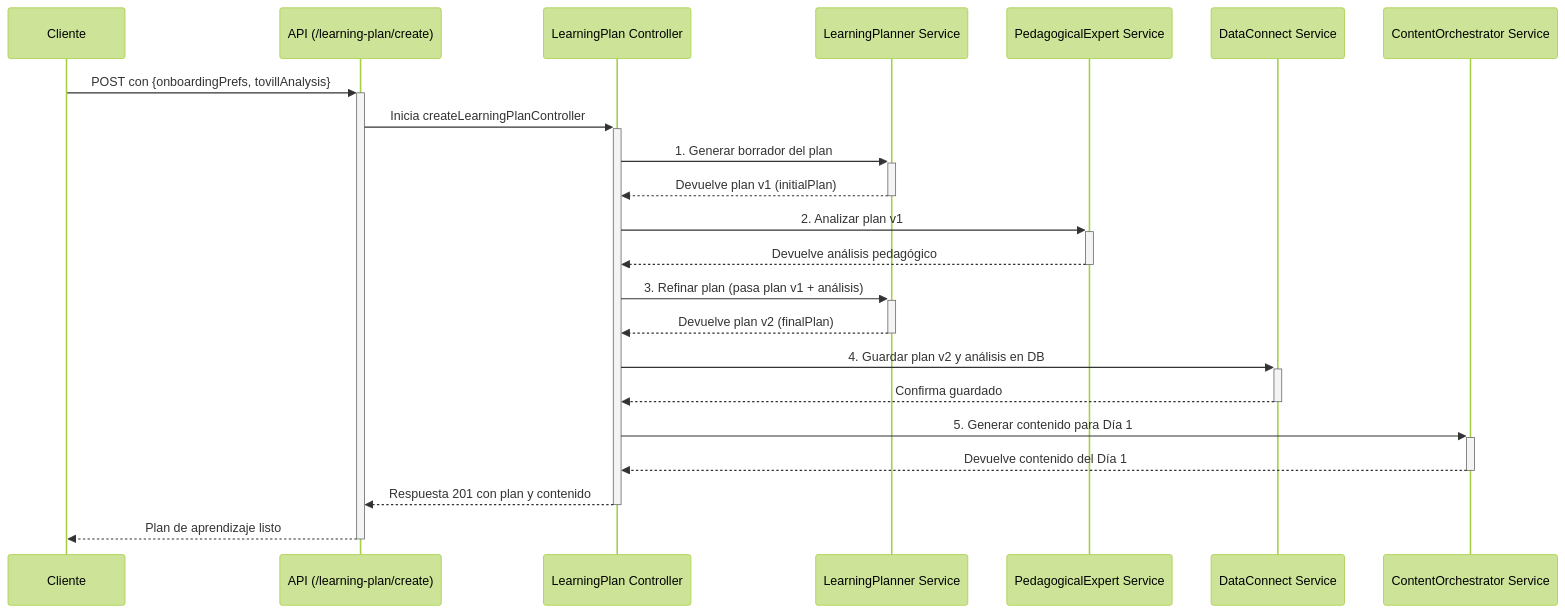
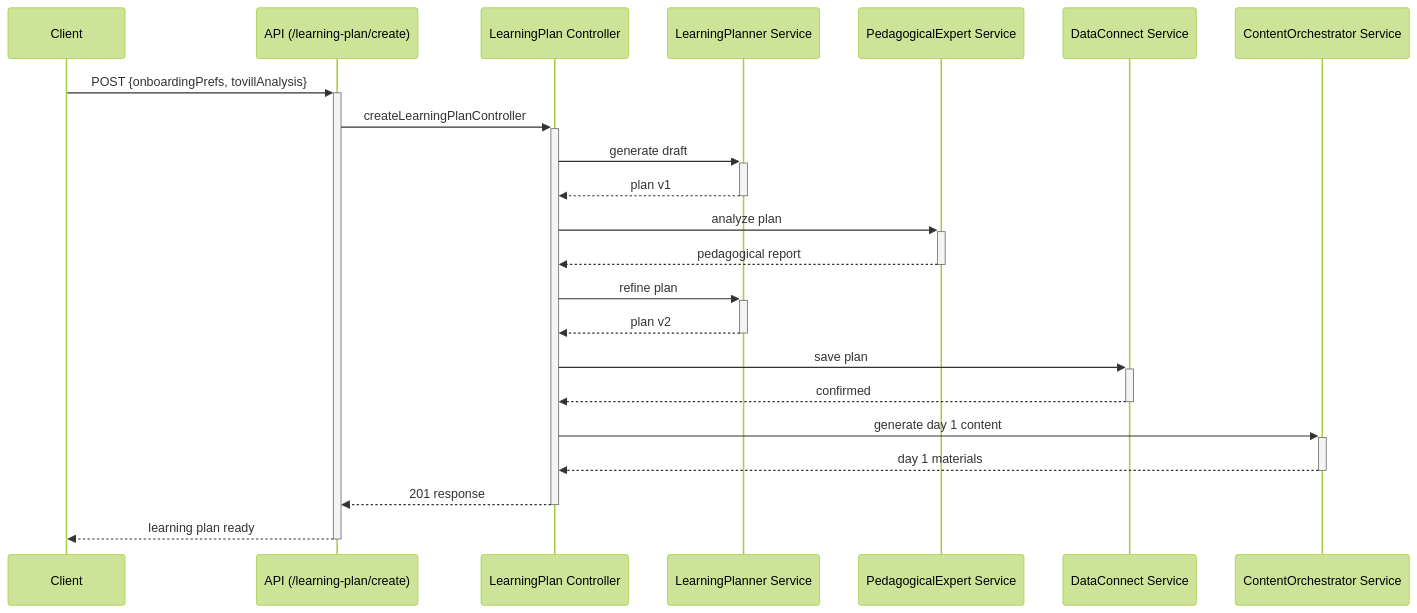
Before and after one commit to Luquish/skillix-backend: the diagram in README.md, drawn with Mermaid (forest theme). The commit also changed other lines of this file and 1 other file, not shown here.

````diff
--- a/README.md
+++ b/README.md
@@ -391,25 +211,25 @@
 ```mermaid
 sequenceDiagram
-    participant C as Cliente
+    participant C as Client
     participant API as API (/learning-plan/create)
     participant LC as LearningPlan Controller
     participant LP as LearningPlanner Service
     participant PE as PedagogicalExpert Service
     participant DC as DataConnect Service
     participant CO as ContentOrchestrator Service
 
-    C->>+API: POST con {onboardingPrefs, tovillAnalysis}
-    API->>+LC: Inicia createLearningPlanController
-    LC->>+LP: 1. Generar borrador del plan
-    LP-->>-LC: Devuelve plan v1 (initialPlan)
-    LC->>+PE: 2. Analizar plan v1
-    PE-->>-LC: Devuelve análisis pedagógico
-    LC->>+LP: 3. Refinar plan (pasa plan v1 + análisis)
-    LP-->>-LC: Devuelve plan v2 (finalPlan)
-    LC->>+DC: 4. Guardar plan v2 y análisis en DB
-    DC-->>-LC: Confirma guardado
-    LC->>+CO: 5. Generar contenido para Día 1
-    CO-->>-LC: Devuelve contenido del Día 1
-    LC-->>-API: Respuesta 201 con plan y contenido
-    API-->>-C: Plan de aprendizaje listo
+    C->>+API: POST {onboardingPrefs, tovillAnalysis}
+    API->>+LC: createLearningPlanController
+    LC->>+LP: generate draft
+    LP-->>-LC: plan v1
+    LC->>+PE: analyze plan
+    PE-->>-LC: pedagogical report
+    LC->>+LP: refine plan
+    LP-->>-LC: plan v2
+    LC->>+DC: save plan
+    DC-->>-LC: confirmed
+    LC->>+CO: generate day 1 content
+    CO-->>-LC: day 1 materials
+    LC-->>-API: 201 response
+    API-->>-C: learning plan ready
 ```
````
